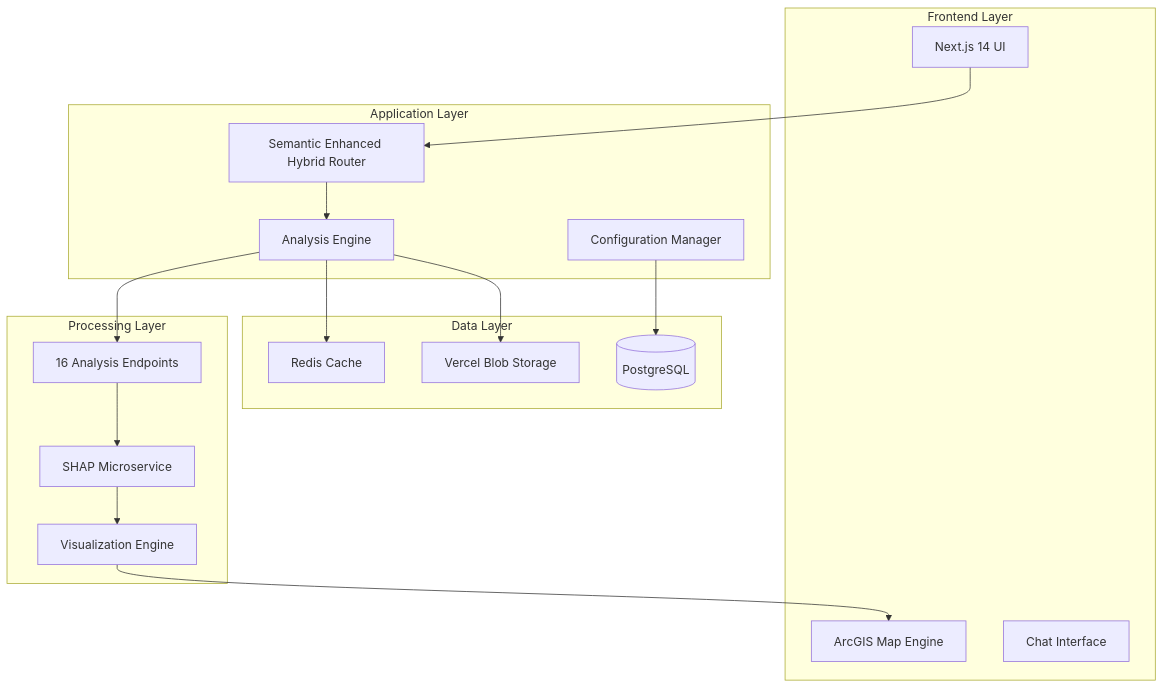
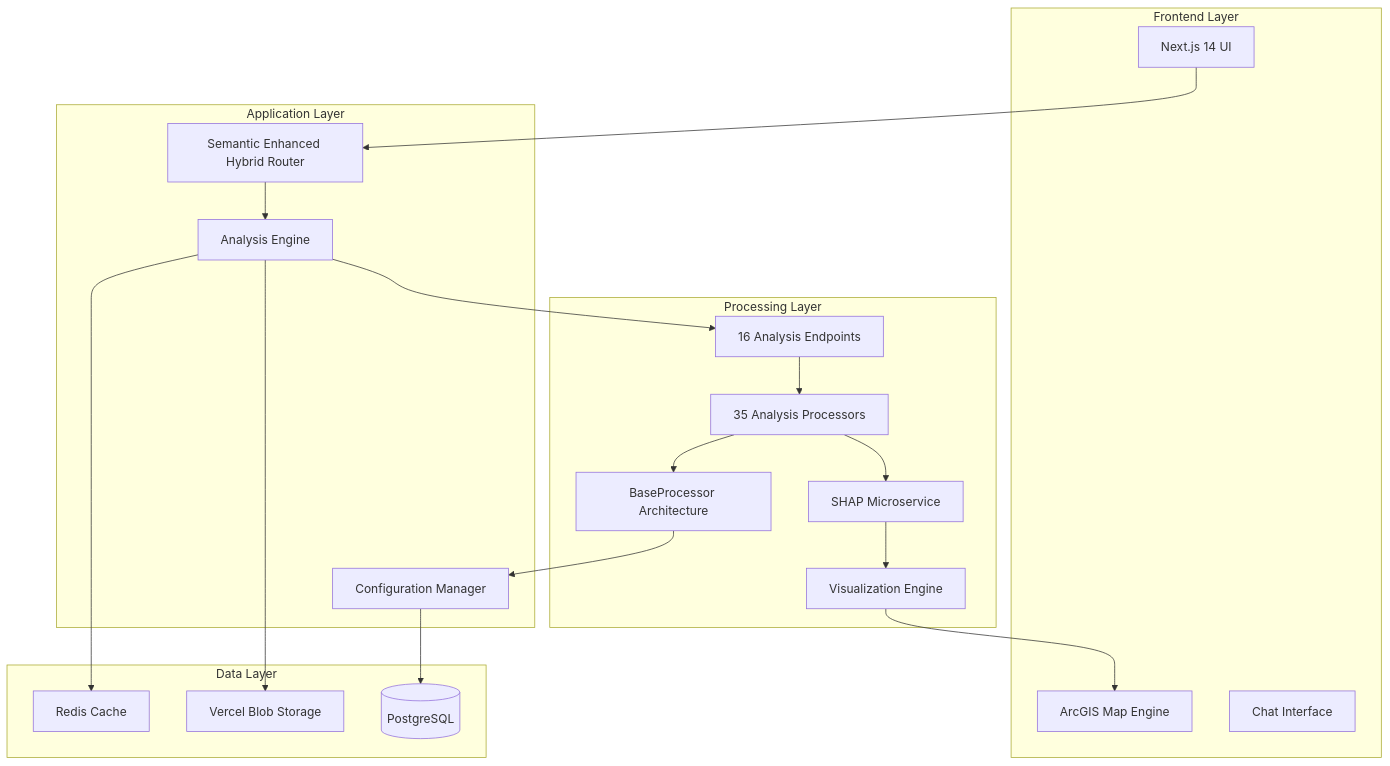
Before and after one commit to eastgrand/doc: the first of 7 diagrams in docs/current/architecture/COMPREHENSIVE_APPLICATION_DOCUMENTATION.md, drawn with Mermaid. The commit also changed other lines of this file, not shown here.

````diff
--- a/docs/current/architecture/COMPREHENSIVE_APPLICATION_DOCUMENTATION.md
+++ b/docs/current/architecture/COMPREHENSIVE_APPLICATION_DOCUMENTATION.md
@@ -81,36 +84,41 @@
 ```mermaid
 graph TB
     subgraph "Frontend Layer"
         UI[Next.js 14 UI]
         Map[ArcGIS Map Engine]
         Chat[Chat Interface]
     end
     
     subgraph "Application Layer"
         Router[Semantic Enhanced Hybrid Router]
         Engine[Analysis Engine]
         Config[Configuration Manager]
     end
     
     subgraph "Processing Layer"
         Endpoints[16 Analysis Endpoints]
+        Processors[35 Analysis Processors]
+        BaseProc[BaseProcessor Architecture]
         SHAP[SHAP Microservice]
         Viz[Visualization Engine]
     end
     
     subgraph "Data Layer"
         Cache[Redis Cache]
         Blob[Vercel Blob Storage]
         DB[(PostgreSQL)]
     end
     
     UI --> Router
     Router --> Engine
     Engine --> Endpoints
-    Endpoints --> SHAP
+    Endpoints --> Processors
+    Processors --> BaseProc
+    BaseProc --> Config
+    Processors --> SHAP
     SHAP --> Viz
     Viz --> Map
     Config --> DB
     Engine --> Cache
     Engine --> Blob
 ```
````
